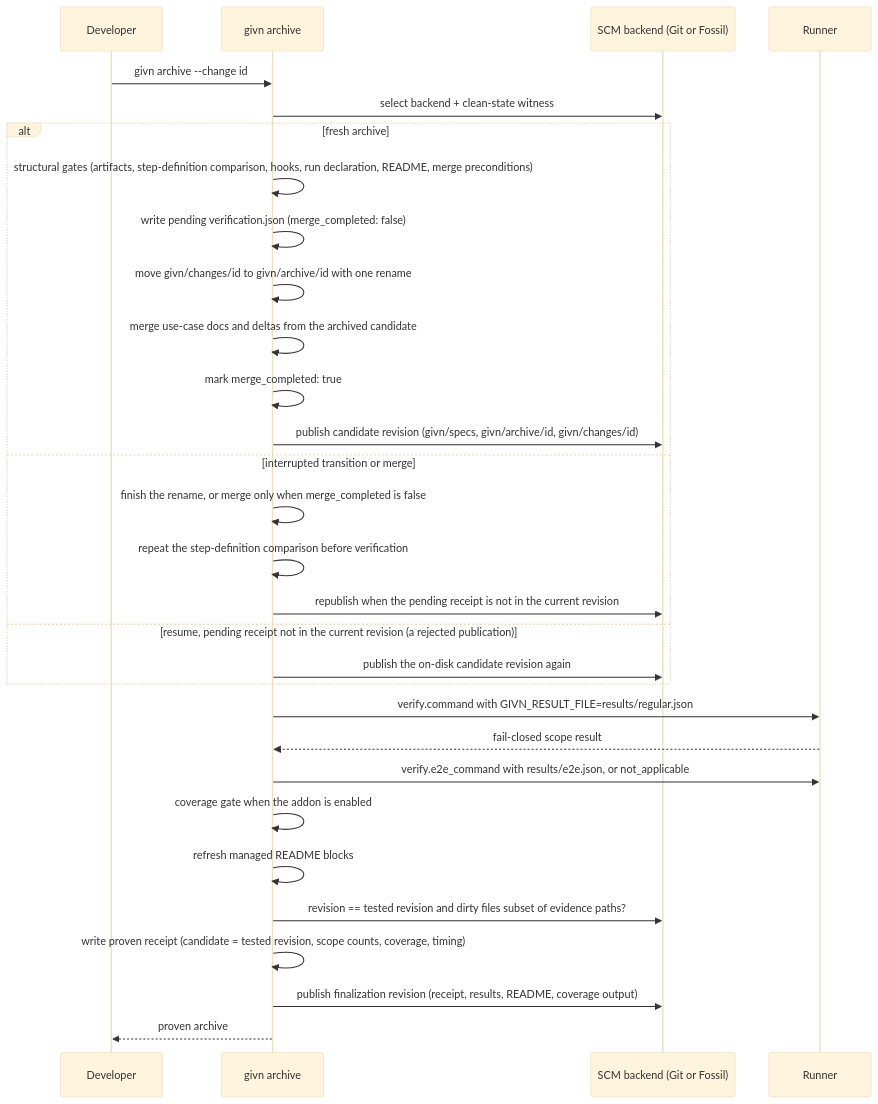
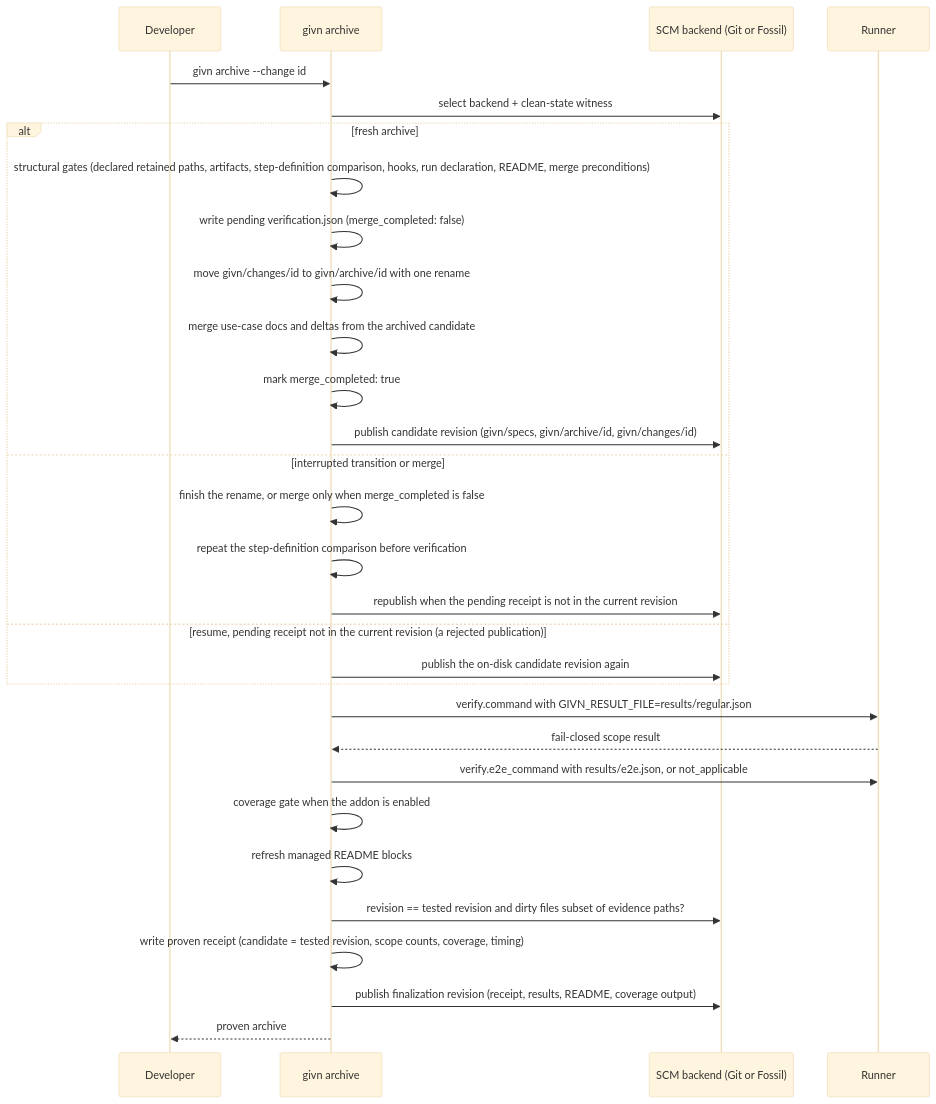
One commit to buster/givn changed the second of 6 diagrams in docs/arc42/06-runtime-view.md. Above: the diagram before and after it, drawn with Mermaid (base theme). The commit also changed other lines of this file and 18 other files, not shown here.

First line of the commit message:
docs(guard-retained-paths): harden the design review and record the terminal evidence

````diff
--- a/docs/arc42/06-runtime-view.md
+++ b/docs/arc42/06-runtime-view.md
@@ -367,32 +367,32 @@
 ```mermaid
 sequenceDiagram
     participant D as Developer
     participant A as givn archive
     participant S as SCM backend (Git or Fossil)
     participant R as Runner
     D->>A: givn archive --change id
     A->>S: select backend + clean-state witness
     alt fresh archive
-        A->>A: structural gates (artifacts, step-definition comparison, hooks, run declaration, README, merge preconditions)
+        A->>A: structural gates (declared retained paths, artifacts, step-definition comparison, hooks, run declaration, README, merge preconditions)
         A->>A: write pending verification.json (merge_completed: false)
         A->>A: move givn/changes/id to givn/archive/id with one rename
         A->>A: merge use-case docs and deltas from the archived candidate
         A->>A: mark merge_completed: true
         A->>S: publish candidate revision (givn/specs, givn/archive/id, givn/changes/id)
     else interrupted transition or merge
         A->>A: finish the rename, or merge only when merge_completed is false
         A->>A: repeat the step-definition comparison before verification
         A->>S: republish when the pending receipt is not in the current revision
     else resume, pending receipt not in the current revision (a rejected publication)
         A->>S: publish the on-disk candidate revision again
     end
     A->>R: verify.command with GIVN_RESULT_FILE=results/regular.json
     R-->>A: fail-closed scope result
     A->>R: verify.e2e_command with results/e2e.json, or not_applicable
     A->>A: coverage gate when the addon is enabled
     A->>A: refresh managed README blocks
     A->>S: revision == tested revision and dirty files subset of evidence paths?
     A->>A: write proven receipt (candidate = tested revision, scope counts, coverage, timing)
     A->>S: publish finalization revision (receipt, results, README, coverage output)
     A-->>D: proven archive
 ```
````
